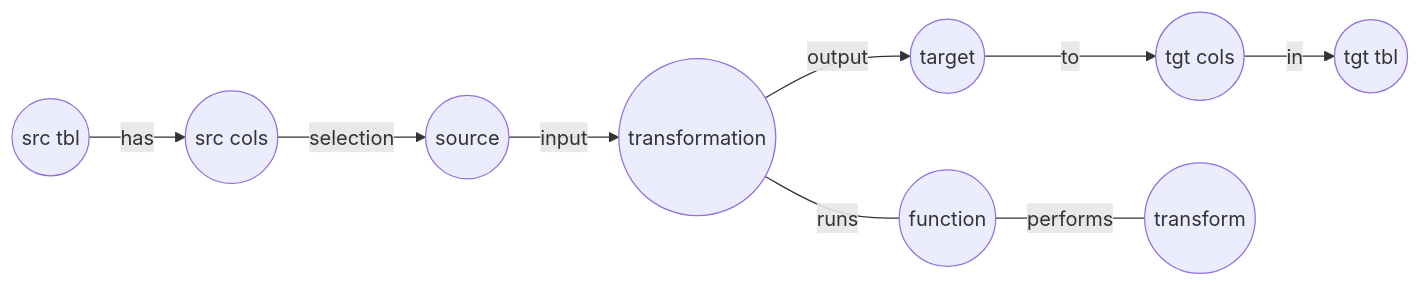
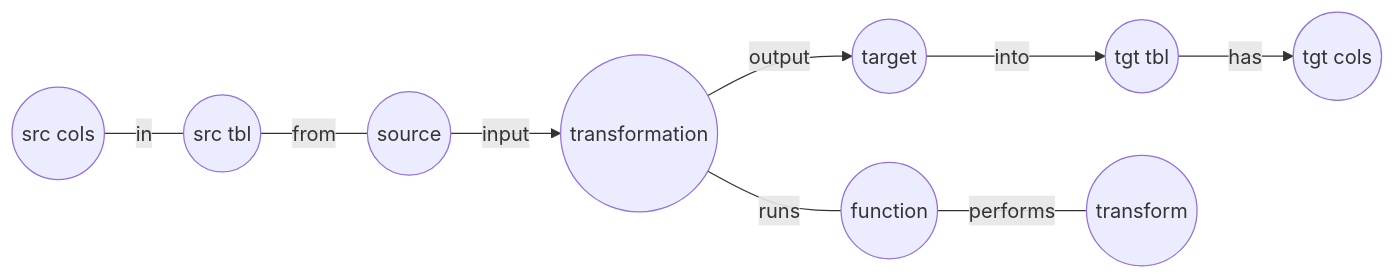
The first of 3 diagrams in _posts/2022-11-02-column-transformations-with-t-sql.md (Heinzad/heinzad.github.io), drawn with Mermaid before and after one commit.

````diff
--- a/_posts/2022-11-02-column-transformations-with-t-sql.md
+++ b/_posts/2022-11-02-column-transformations-with-t-sql.md
@@ -33,11 +33,11 @@
 ```mermaid 
 graph LR; 
-A((src tbl)) -- has --> B((src cols)) 
-B -- selection --> C((source)) 
+A((src cols)) -- in --- B((src tbl))
+B -- from --- C((source)) 
 C -- input --> D((transformation)) 
 D -- output --> E((target)) 
-E -- to --> F((tgt cols)) 
-F -- in --> G((tgt tbl))
+E -- into --> F((tgt tbl)) 
+F -- has --> G((tgt cols))
 D -- runs --- H((function))  
 H -- performs --- J((transform))    
 ``` 
````
